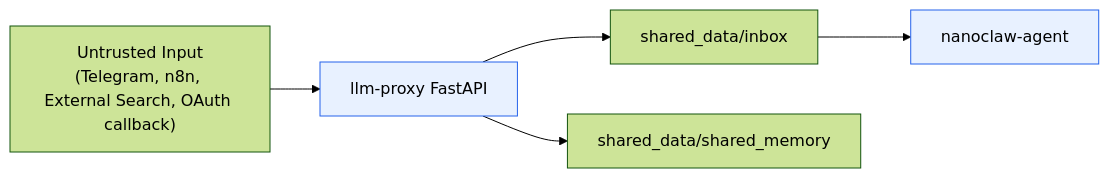
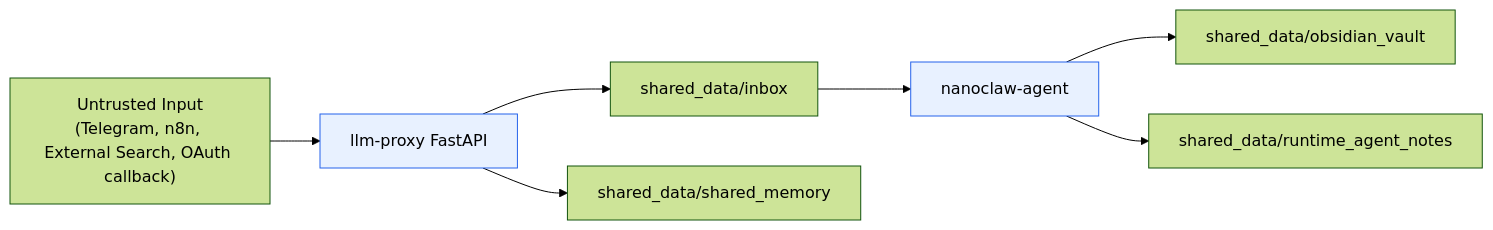
Before and after one commit to Merchantlee99/Personal-AI-agent-v2: the diagram in docs/SECURITY_BASELINE.md, drawn with Mermaid (forest theme). The commit also changed other lines of this file and 14 other files, not shown here.

Commit message:
refactor: separate clio user vault from runtime artifacts

````diff
--- a/docs/SECURITY_BASELINE.md
+++ b/docs/SECURITY_BASELINE.md
@@ -13,10 +15,12 @@
 ```mermaid
 flowchart LR
   EXT["Untrusted Input\n(Telegram, n8n, External Search, OAuth callback)"] --> PX["llm-proxy FastAPI"]
   PX --> INBOX["shared_data/inbox"]
   PX --> MEM["shared_data/shared_memory"]
   INBOX --> AG["nanoclaw-agent"]
+  AG --> VAULT["shared_data/obsidian_vault"]
+  AG --> RUNTIME["shared_data/runtime_agent_notes"]
 
   classDef trusted fill:#e8f1ff,stroke:#2563eb,stroke-width:1px;
   class PX,AG trusted;
 ```
````
